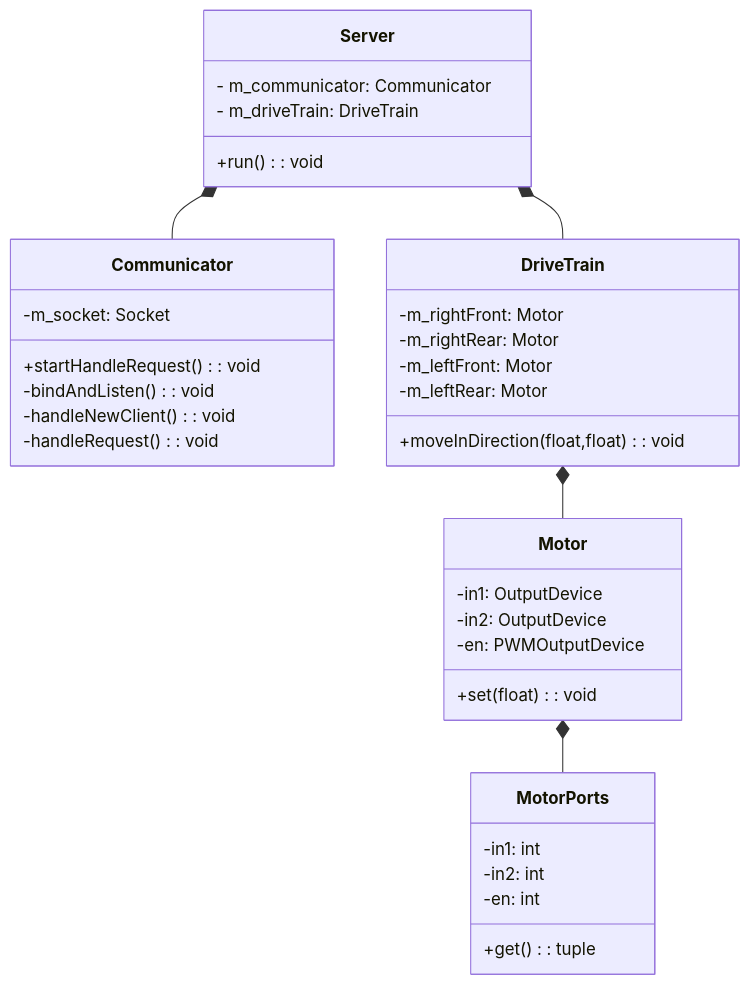
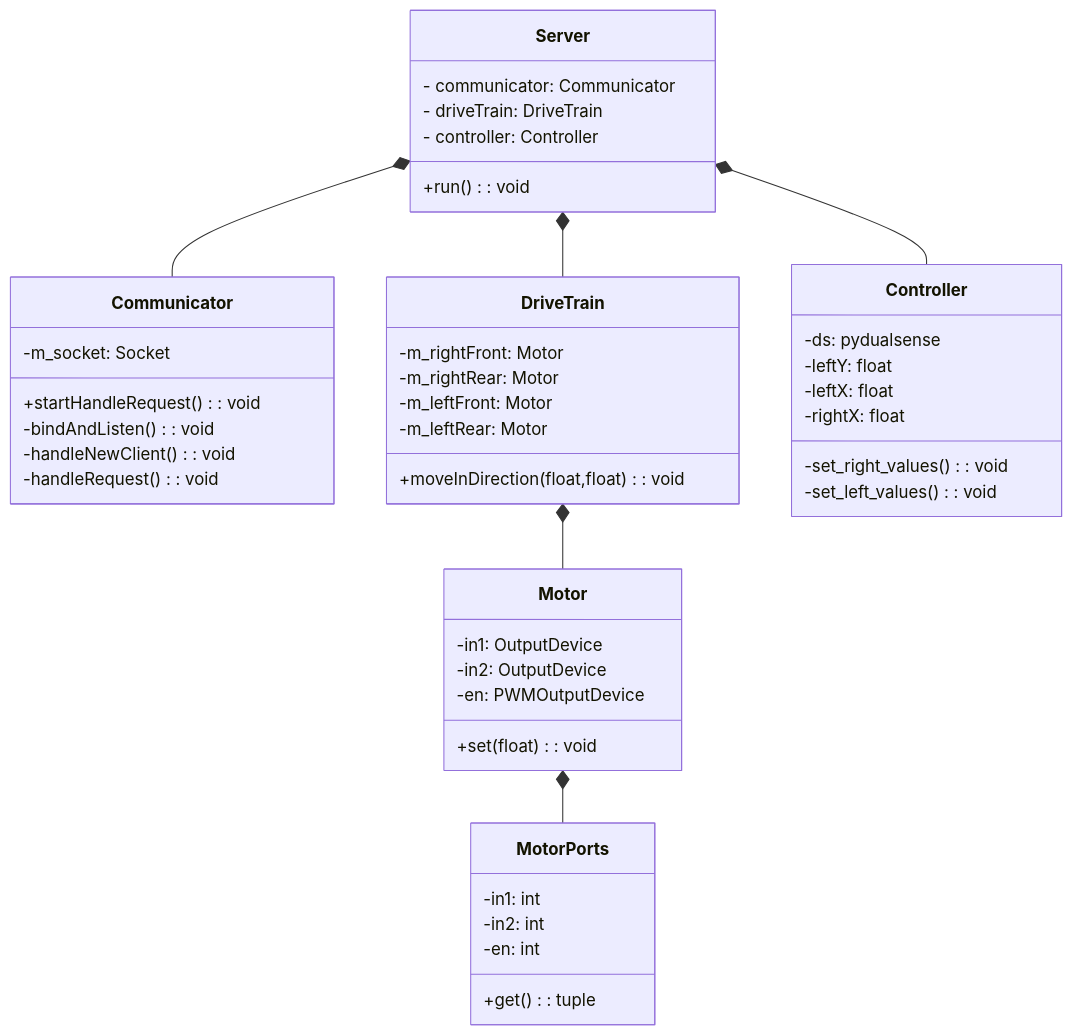
The first of 2 diagrams in README.md (yaniraton/adama), drawn with Mermaid before and after one commit.

Commit message:
updated marmid project sturcture

````diff
--- a/README.md
+++ b/README.md
@@ -3,38 +3,48 @@
 ```mermaid
 classDiagram
     Server *-- Communicator
     Server *-- DriveTrain
+    Server *-- Controller
     DriveTrain *-- Motor
     Motor *-- MotorPorts
     class Server{
-        - m_communicator: Communicator
-        - m_driveTrain: DriveTrain
+        - communicator: Communicator
+        - driveTrain: DriveTrain
+        - controller: Controller
         +run() : void
     }
     class Communicator{
         -m_socket: Socket
         +startHandleRequest() : void
         -bindAndListen() : void
         -handleNewClient() : void
         -handleRequest() : void
     }
     class DriveTrain{
         -m_rightFront: Motor
         -m_rightRear: Motor
         -m_leftFront: Motor
         -m_leftRear: Motor
         +moveInDirection(float,float) : void
     }
     class Motor{
         -in1: OutputDevice
         -in2: OutputDevice
         -en: PWMOutputDevice
         +set(float) : void
     }
     class MotorPorts{
         -in1: int
         -in2: int
         -en: int
         +get() : tuple
     }
+    class Controller{
+        -ds: pydualsense
+        -leftY: float
+        -leftX: float
+        -rightX: float
+        -set_right_values(): void
+        -set_left_values(): void
+    }
 ```
````
